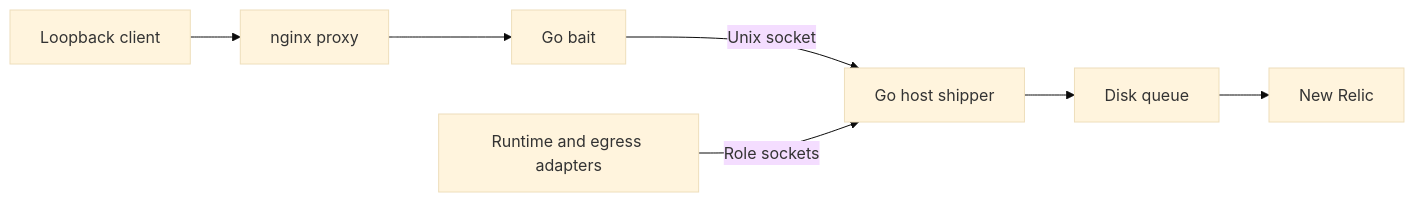
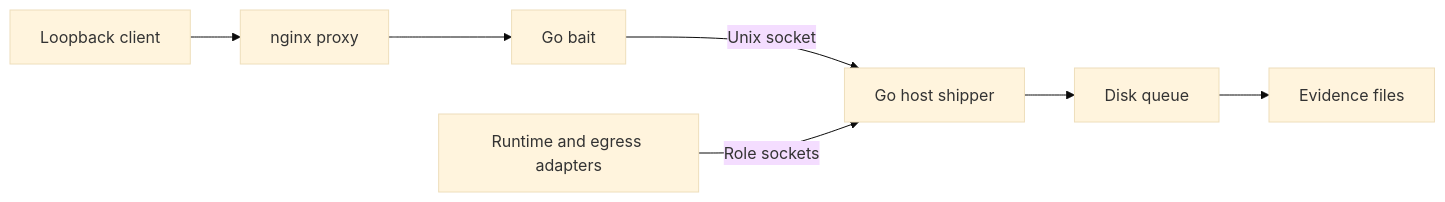
The diagram in README.md (caretak3r/attack-box), drawn with Mermaid (base theme) before and after one commit. The commit also changed other lines of this file and 18 other files, not shown here.

First line of the commit message:
docs: describe the host evidence store, console and pull instead of New Relic

````diff
--- a/README.md
+++ b/README.md
@@ -14,9 +14,9 @@
 ```mermaid
 flowchart LR
     accTitle: AttackBox service topology
     accDescr: A local client reaches the bait through nginx. The bait and host adapters deliver records to a Go shipper and its disk queue.
     Client[Loopback client] --> Proxy[nginx proxy] --> Bait[Go bait]
     Bait -->|Unix socket| Shipper[Go host shipper]
     Adapters[Runtime and egress adapters] -->|Role sockets| Shipper
-    Shipper --> Queue[Disk queue] --> NR[New Relic]
+    Shipper --> Queue[Disk queue] --> Evidence[Evidence files]
 ```
````
